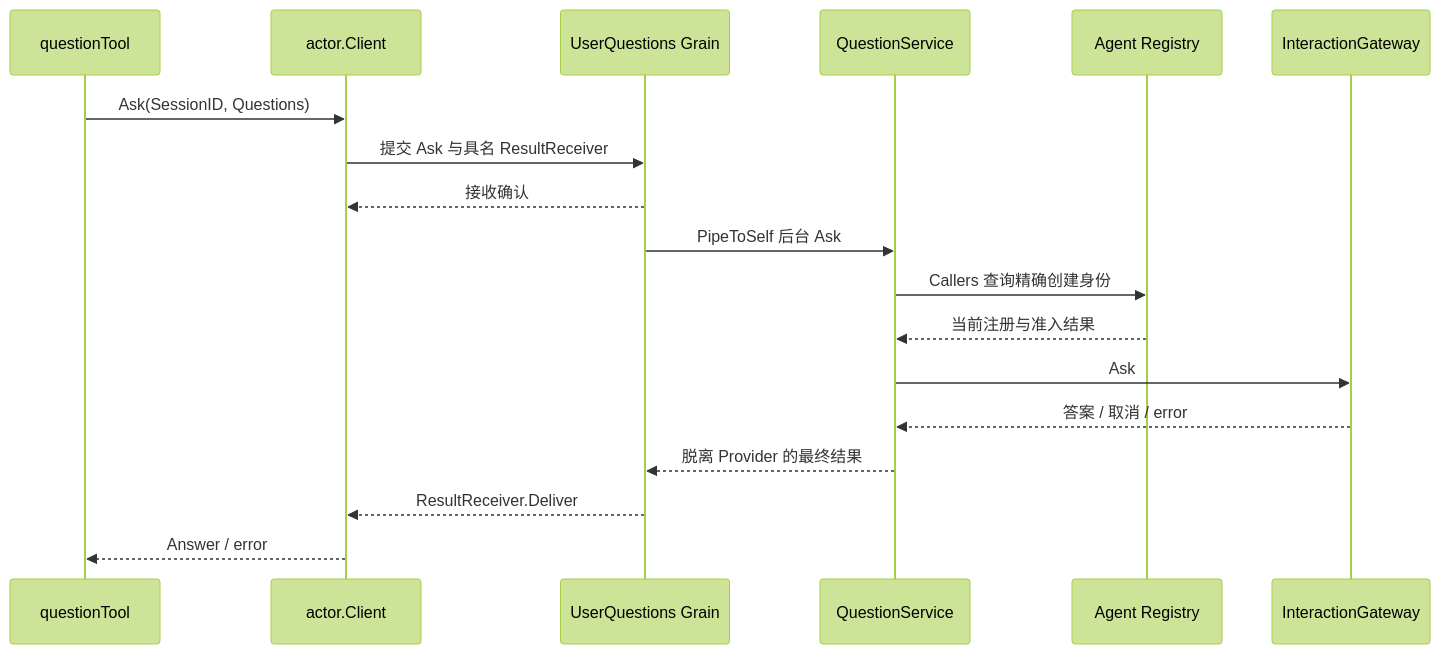
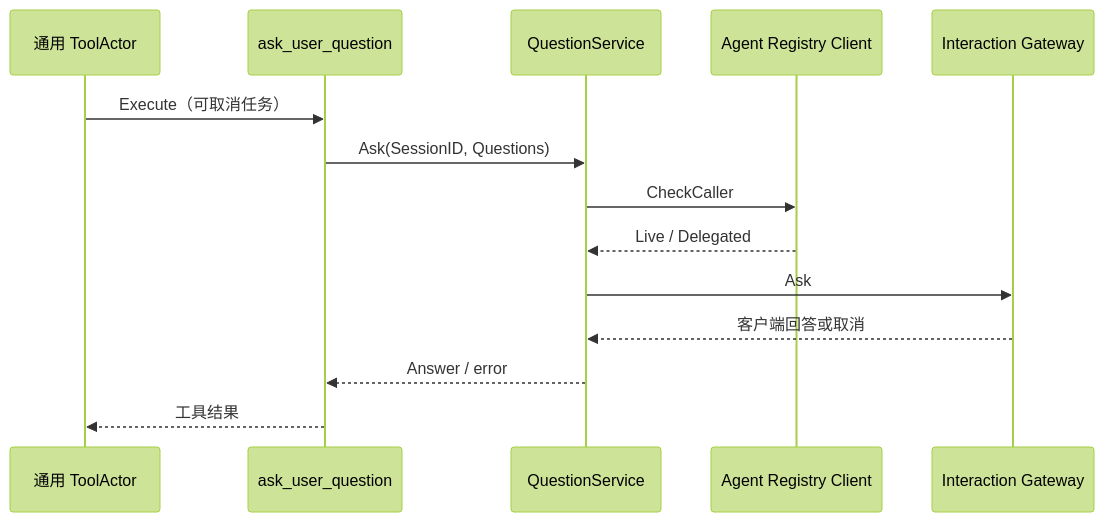
Before and after one commit to gorenx/goren: the diagram in userquestions/README.zh-CN.md, drawn with Mermaid (forest theme). The commit also changed other lines of this file and 12 other files, not shown here.

Commit message:
docs(actor): describe built-in tool wiring and remove question actor layer

````diff
--- a/userquestions/README.zh-CN.md
+++ b/userquestions/README.zh-CN.md
@@ -21,20 +18,16 @@
 ```mermaid
 sequenceDiagram
-    participant T as questionTool
-    participant C as actor.Client
-    participant G as UserQuestions Grain
-    participant S as QuestionService
-    participant A as Agent Registry
-    participant UI as InteractionGateway
-    T->>C: Ask(SessionID, Questions)
-    C->>G: 提交 Ask 与具名 ResultReceiver
-    G-->>C: 接收确认
-    G->>S: PipeToSelf 后台 Ask
-    S->>A: Callers 查询精确创建身份
-    A-->>S: 当前注册与准入结果
-    S->>UI: Ask
-    UI-->>S: 答案 / 取消 / error
-    S-->>G: 脱离 Provider 的最终结果
-    G-->>C: ResultReceiver.Deliver
-    C-->>T: Answer / error
+    participant T as 通用 ToolActor
+    participant A as ask_user_question
+    participant Q as QuestionService
+    participant R as Agent Registry Client
+    participant G as Interaction Gateway
+    T->>A: Execute（可取消任务）
+    A->>Q: Ask(SessionID, Questions)
+    Q->>R: CheckCaller
+    R-->>Q: Live / Delegated
+    Q->>G: Ask
+    G-->>Q: 客户端回答或取消
+    Q-->>A: Answer / error
+    A-->>T: 工具结果
 ```
````
